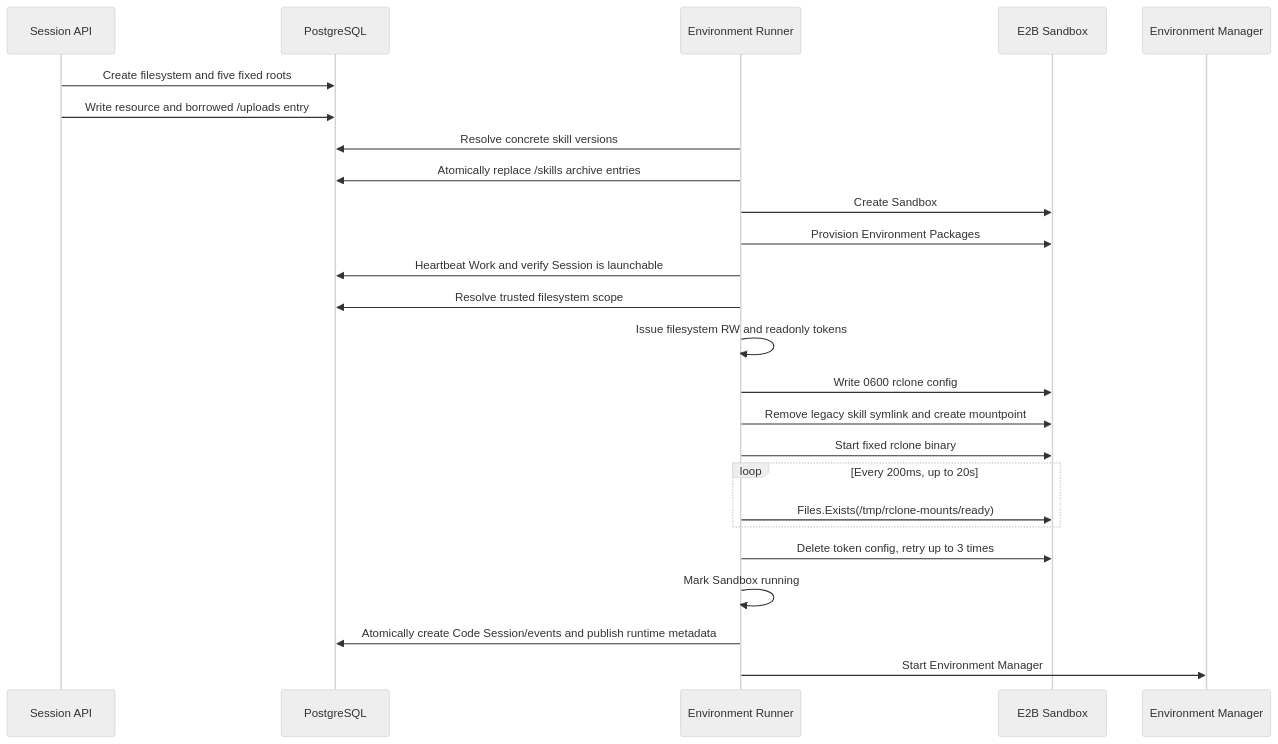
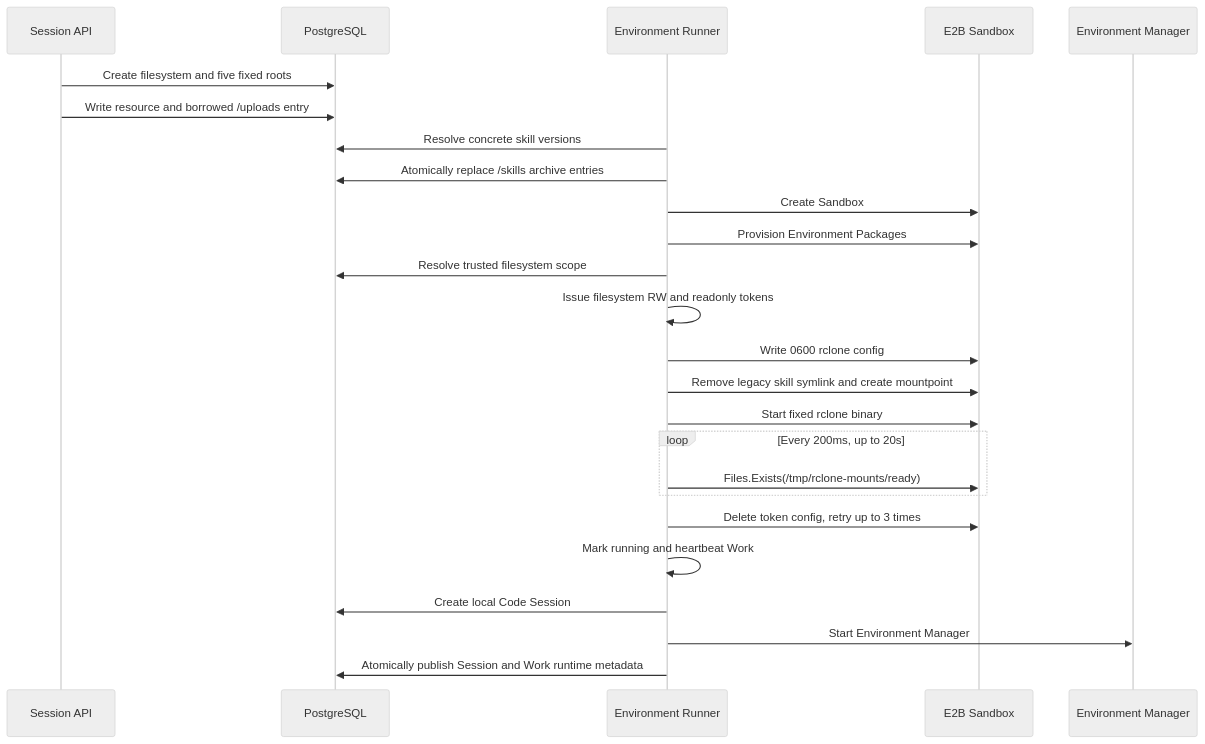
One commit to superduck-ai/open-managed-agents changed the second of 4 diagrams in docs/design/be/filestore.md. Above: the diagram before and after it, drawn with Mermaid (neutral theme). The commit also changed other lines of this file and 19 other files, not shown here.

````diff
--- a/docs/design/be/filestore.md
+++ b/docs/design/be/filestore.md
@@ -140,27 +140,27 @@
 ```mermaid
 sequenceDiagram
     participant A as Session API
     participant D as PostgreSQL
     participant R as Environment Runner
     participant E as E2B Sandbox
     participant M as Environment Manager
     A->>D: Create filesystem and five fixed roots
     A->>D: Write resource and borrowed /uploads entry
     R->>D: Resolve concrete skill versions
     R->>D: Atomically replace /skills archive entries
     R->>E: Create Sandbox
     R->>E: Provision Environment Packages
-    R->>D: Heartbeat Work and verify Session is launchable
     R->>D: Resolve trusted filesystem scope
     R->>R: Issue filesystem RW and readonly tokens
     R->>E: Write 0600 rclone config
     R->>E: Remove legacy skill symlink and create mountpoint
     R->>E: Start fixed rclone binary
     loop Every 200ms, up to 20s
         R->>E: Files.Exists(/tmp/rclone-mounts/ready)
     end
     R->>E: Delete token config, retry up to 3 times
-    R->>R: Mark Sandbox running
-    R->>D: Atomically create Code Session/events and publish runtime metadata
+    R->>R: Mark running and heartbeat Work
+    R->>D: Create local Code Session
     R->>M: Start Environment Manager
+    R->>D: Atomically publish Session and Work runtime metadata
 ```
````
